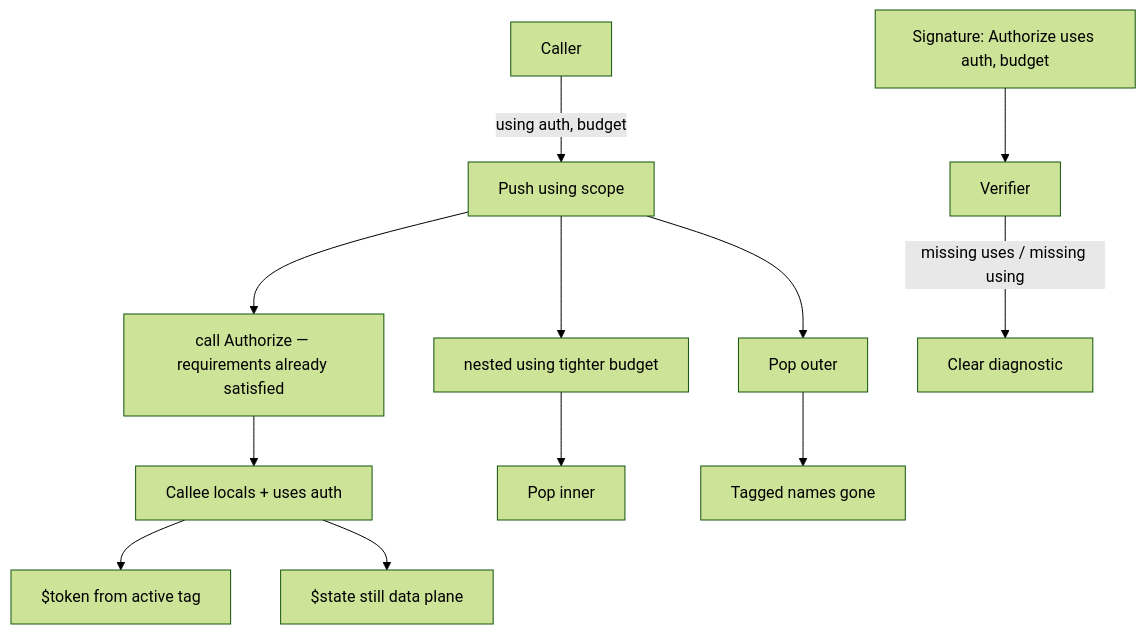
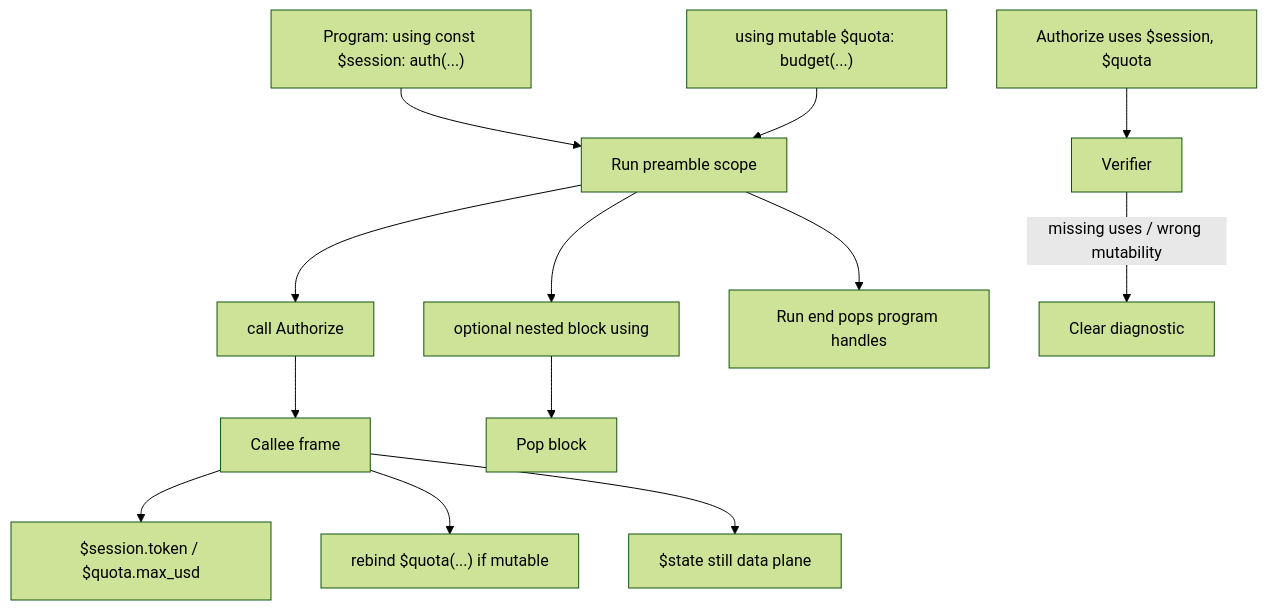
Before and after one commit to EntasisLabs/grapheme: the diagram in docs/internal/rfc/rfc-0004-params-and-tagged-vars-v1.md, drawn with Mermaid (forest theme). The commit also changed other lines of this file, not shown here.

First line of the commit message:
Add RFC-0004 Part D for named const/mutable context handles

````diff
--- a/docs/internal/rfc/rfc-0004-params-and-tagged-vars-v1.md
+++ b/docs/internal/rfc/rfc-0004-params-and-tagged-vars-v1.md
@@ -777,14 +1002,15 @@
 ```mermaid
 flowchart TD
-  S["Signature: Authorize uses auth, budget"] --> V[Verifier]
-  A[Caller] -->|using auth, budget| C[Push using scope]
-  C --> D["call Authorize — requirements already satisfied"]
-  D --> B[Callee locals + uses auth]
-  B --> L["$token from active tag"]
-  C --> E[nested using tighter budget]
-  E --> F[Pop inner]
-  C --> I[Pop outer]
-  I --> M[Tagged names gone]
+  P["Program: using const $session: auth(...)"] --> R[Run preamble scope]
+  P2["using mutable $quota: budget(...)"] --> R
+  S["Authorize uses $session, $quota"] --> V[Verifier]
+  R --> D["call Authorize"]
+  D --> B[Callee frame]
+  B --> L["$session.token / $quota.max_usd"]
+  B --> U["rebind $quota(...) if mutable"]
+  R --> E[optional nested block using]
+  E --> F[Pop block]
+  R --> End[Run end pops program handles]
   B --> K["$state still data plane"]
-  V -->|missing uses / missing using| X[Clear diagnostic]
+  V -->|missing uses / wrong mutability| X[Clear diagnostic]
 ```
````
